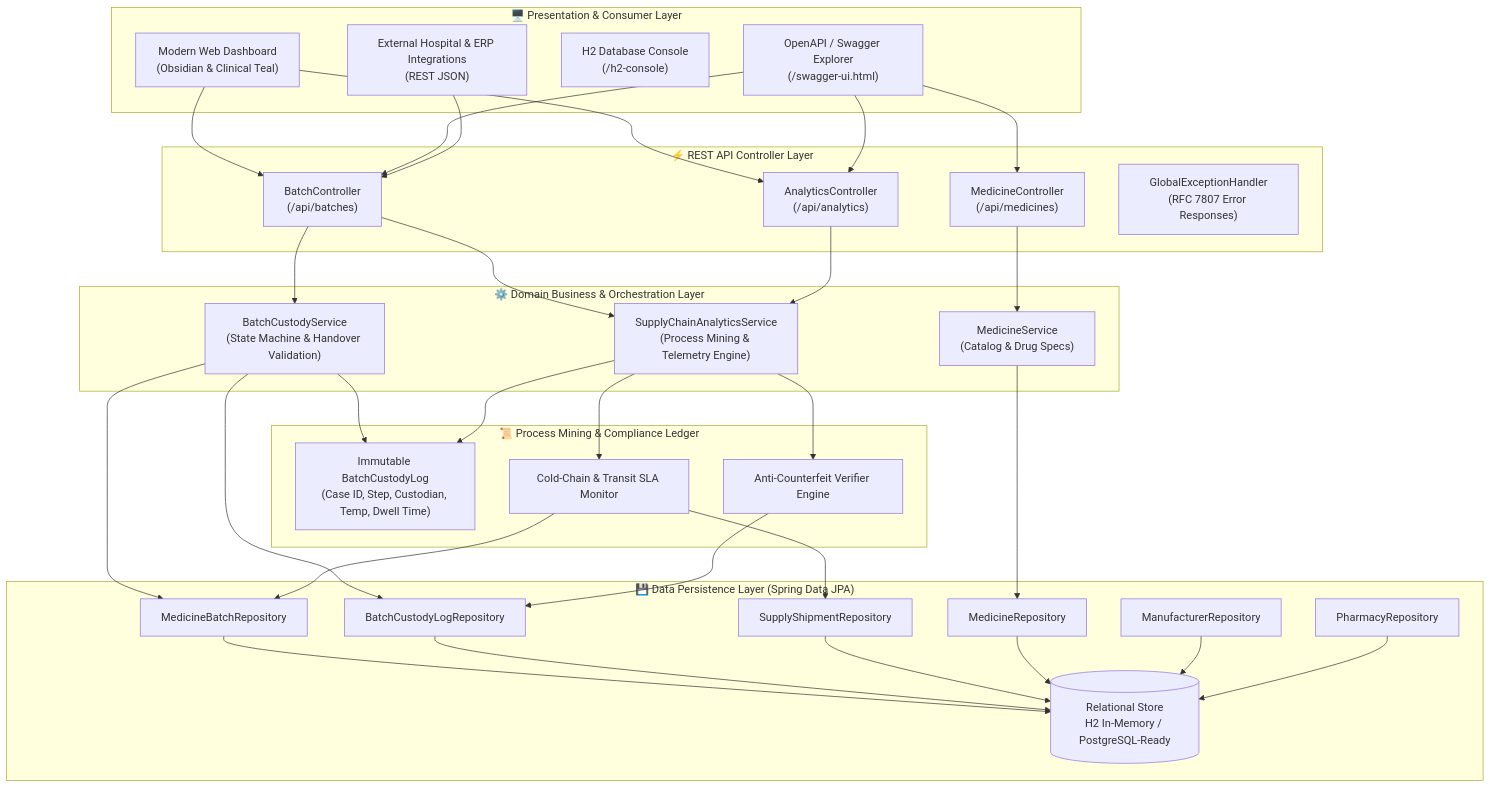
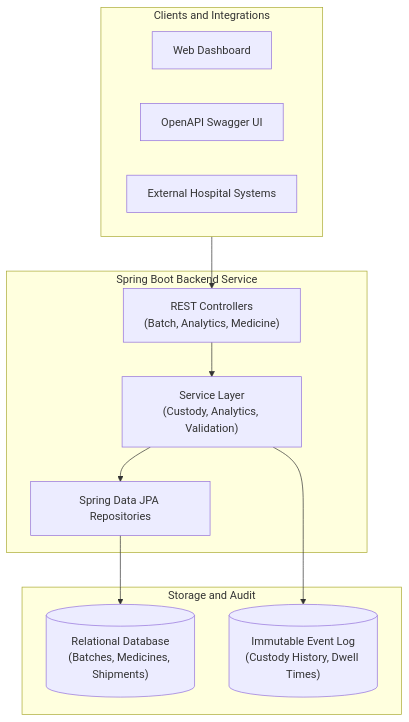
Before and after one commit to aanshiomar31-oss/medimate: the second of 4 diagrams in README.md, drawn with Mermaid. The commit also changed other lines of this file, not shown here.

Commit message:
Refactor README: remove emojis, simplify flowcharts for clear understanding, and streamline documentation

````diff
--- a/README.md
+++ b/README.md
@@ -64,69 +61,25 @@
 ```mermaid
-graph TB
-    subgraph ClientLayer["🖥️ Presentation & Consumer Layer"]
-        UI["Modern Web Dashboard\n(Obsidian & Clinical Teal)"]
-        Swagger["OpenAPI / Swagger Explorer\n(/swagger-ui.html)"]
-        H2UI["H2 Database Console\n(/h2-console)"]
-        RestClients["External Hospital & ERP Integrations\n(REST JSON)"]
+flowchart TD
+    subgraph Users["Clients and Integrations"]
+        UI["Web Dashboard"]
+        Swagger["OpenAPI Swagger UI"]
+        Clients["External Hospital Systems"]
     end
 
-    subgraph ControllerLayer["⚡ REST API Controller Layer"]
-        BatchCtrl["BatchController\n(/api/batches)"]
-        AnalyticsCtrl["AnalyticsController\n(/api/analytics)"]
-        MedicineCtrl["MedicineController\n(/api/medicines)"]
-        ExHandler["GlobalExceptionHandler\n(RFC 7807 Error Responses)"]
+    subgraph Backend["Spring Boot Backend Service"]
+        Controller["REST Controllers\n(Batch, Analytics, Medicine)"]
+        Service["Service Layer\n(Custody, Analytics, Validation)"]
+        Repository["Spring Data JPA Repositories"]
     end
 
-    subgraph ServiceLayer["⚙️ Domain Business & Orchestration Layer"]
-        CustodySvc["BatchCustodyService\n(State Machine & Handover Validation)"]
-        AnalyticsSvc["SupplyChainAnalyticsService\n(Process Mining & Telemetry Engine)"]
-        MedicineSvc["MedicineService\n(Catalog & Drug Specs)"]
+    subgraph Data["Storage and Audit"]
+        DB[("Relational Database\n(Batches, Medicines, Shipments)")]
+        AuditLog[("Immutable Event Log\n(Custody History, Dwell Times)")]
     end
 
-    subgraph EventAuditLayer["📜 Process Mining & Compliance Ledger"]
-        EventLog["Immutable BatchCustodyLog\n(Case ID, Step, Custodian, Temp, Dwell Time)"]
-        SLAEngine["Cold-Chain & Transit SLA Monitor"]
-        ProvenanceEngine["Anti-Counterfeit Verifier Engine"]
-    end
-
-    subgraph PersistenceLayer["💾 Data Persistence Layer (Spring Data JPA)"]
-        BatchRepo["MedicineBatchRepository"]
-        CustodyRepo["BatchCustodyLogRepository"]
-        ShipmentRepo["SupplyShipmentRepository"]
-        MedRepo["MedicineRepository"]
-        MfgRepo["ManufacturerRepository"]
-        PharmRepo["PharmacyRepository"]
-        DB[("Relational Store\nH2 In-Memory / PostgreSQL-Ready")]
-    end
-
-    UI --> BatchCtrl
-    UI --> AnalyticsCtrl
-    Swagger --> BatchCtrl
-    Swagger --> AnalyticsCtrl
-    Swagger --> MedicineCtrl
-    RestClients --> BatchCtrl
-
-    BatchCtrl --> CustodySvc
-    BatchCtrl --> AnalyticsSvc
-    AnalyticsCtrl --> AnalyticsSvc
-    MedicineCtrl --> MedicineSvc
-
-    CustodySvc --> EventLog
-    CustodySvc --> BatchRepo
-    CustodySvc --> CustodyRepo
-    AnalyticsSvc --> EventLog
-    AnalyticsSvc --> SLAEngine
-    AnalyticsSvc --> ProvenanceEngine
-
-    SLAEngine --> ShipmentRepo
-    SLAEngine --> BatchRepo
-    ProvenanceEngine --> CustodyRepo
-    MedicineSvc --> MedRepo
-
-    BatchRepo --> DB
-    CustodyRepo --> DB
-    ShipmentRepo --> DB
-    MedRepo --> DB
-    MfgRepo --> DB
-    PharmRepo --> DB
+    Users --> Controller
+    Controller --> Service
+    Service --> Repository
+    Repository --> DB
+    Service --> AuditLog
 ```
````
